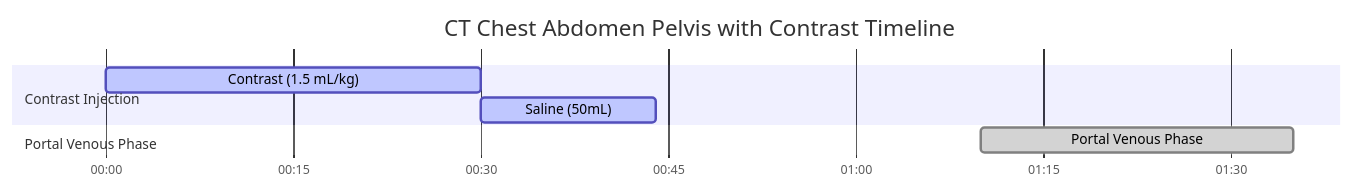
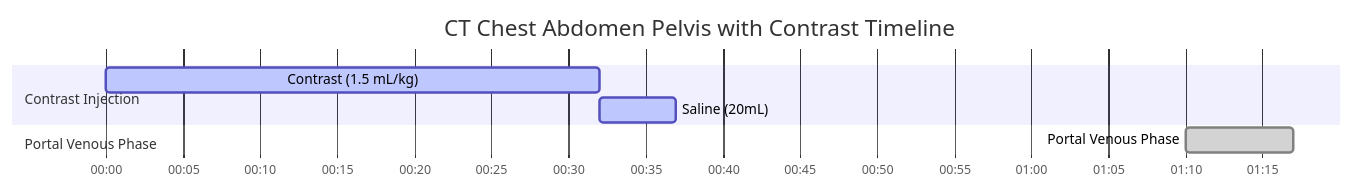
Before and after one commit to dfergs93/radiology-protocols: the diagram in docs/ct/abdomen/ct-chest-abdomen-pelvis-with-contrast.md, drawn with Mermaid. The commit also changed other lines of this file and 113 other files, not shown here.

````diff
--- a/docs/ct/abdomen/ct-chest-abdomen-pelvis-with-contrast.md
+++ b/docs/ct/abdomen/ct-chest-abdomen-pelvis-with-contrast.md
@@ -82,16 +82,16 @@
   ```mermaid
   ---
   config:
     theme: default
   ---
     gantt
       title CT Chest Abdomen Pelvis with Contrast Timeline
       dateFormat mm:ss
       axisFormat %M:%S 
       
       section Contrast Injection
-      Contrast (1.5 mL/kg)    :active, contrast, 00:00, 30s
-      Saline (50mL)          :active, saline, after contrast, 14s
+      Contrast (1.5 mL/kg)    :active, contrast, 00:00, 32s
+      Saline (20mL)          :active, saline, after contrast, 5s
       section Portal Venous Phase
-      Portal Venous Phase    :done, scan1, 01:10, 25s
+      Portal Venous Phase    :done, scan1, 01:10, 7s
   ```
````
